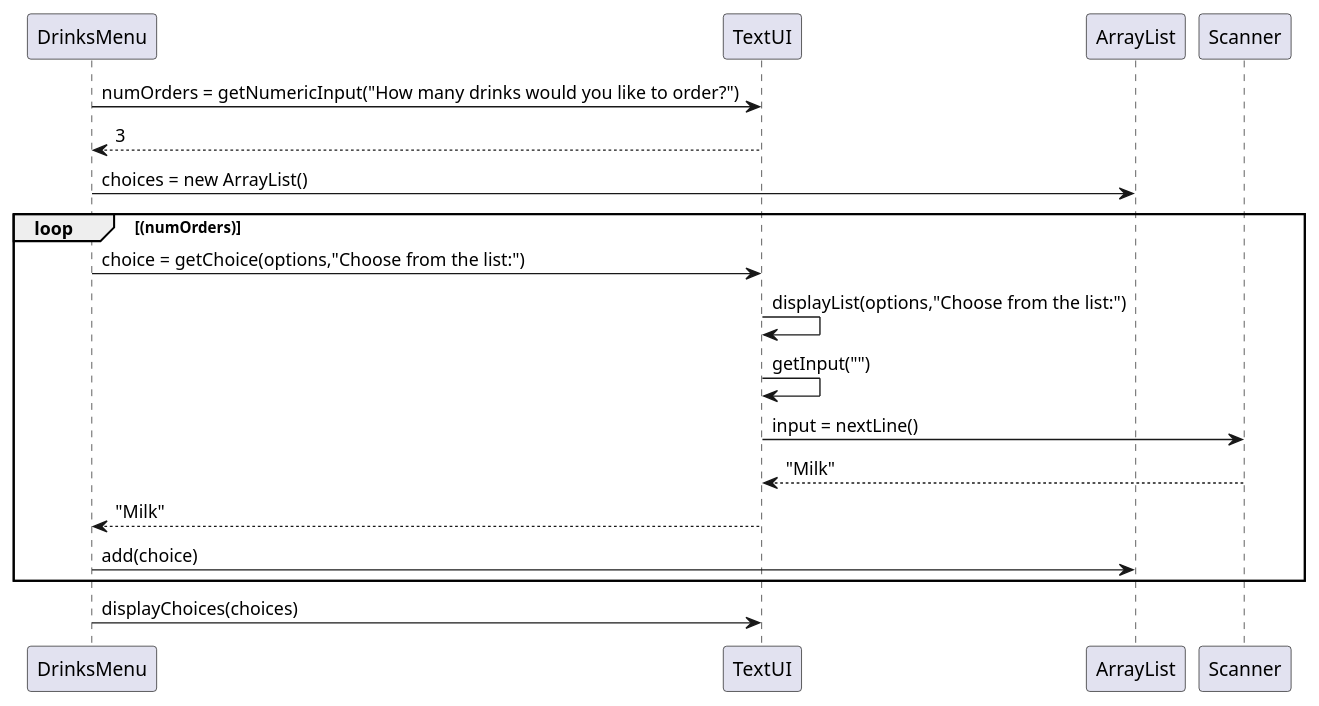
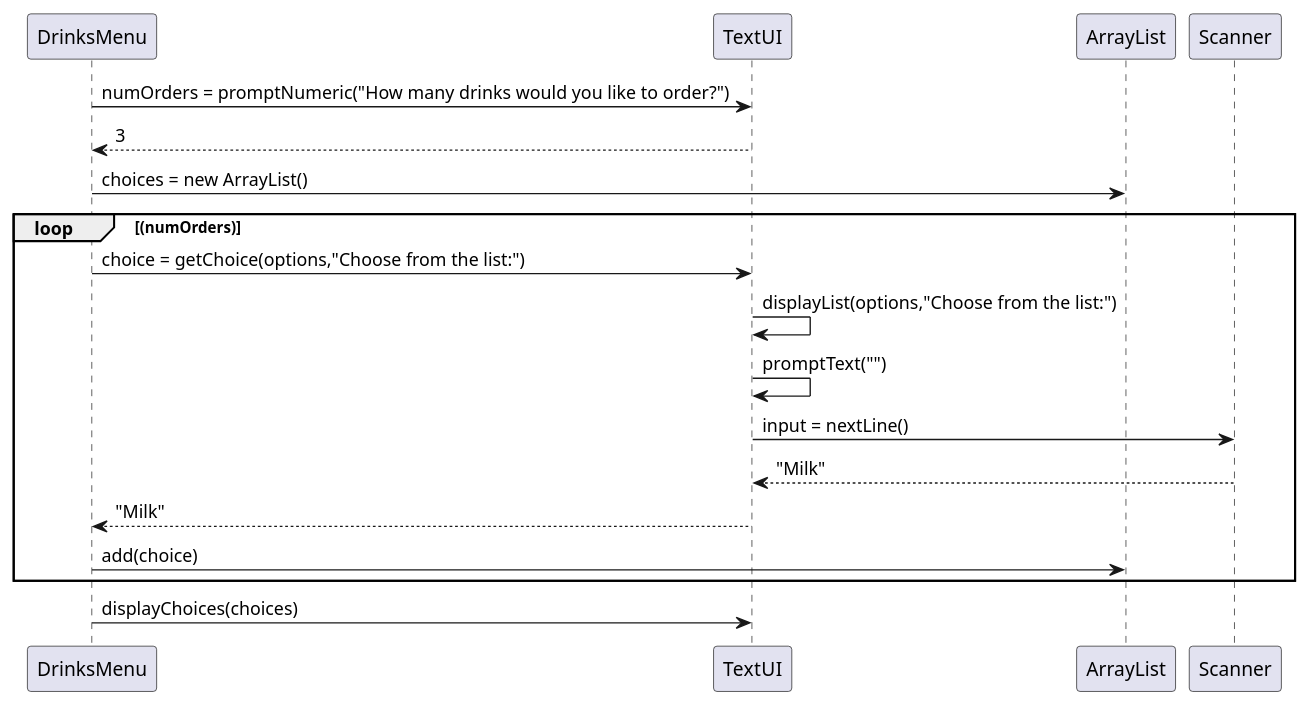
One commit to Eligoon/DrinksMenu changed the diagram in doc/WriteOrder.puml. Above: the diagram before and after it, drawn with PlantUML.

```diff
--- a/doc/WriteOrder.puml
+++ b/doc/WriteOrder.puml
@@ -1,23 +1,23 @@
 @startuml
 'https://plantuml.com/sequence-diagram
 
-DrinksMenu -> TextUI: numOrders = getNumericInput("How many drinks would you like to order?")
+DrinksMenu -> TextUI: numOrders = promptNumeric("How many drinks would you like to order?")
 TextUI --> DrinksMenu: 3
 
 'Create a list for the user's choices (could have been a String array with 3 indexes)
 DrinksMenu -> ArrayList:choices = new ArrayList()
 
 loop (numOrders)
 DrinksMenu -> TextUI: choice = getChoice(options,"Choose from the list:")
 TextUI -> TextUI: displayList(options,"Choose from the list:")
-TextUI -> TextUI: getInput("")
+TextUI -> TextUI: promptText("")
 TextUI -> Scanner: input = nextLine()
 Scanner --> TextUI: "Milk"
 TextUI --> DrinksMenu: "Milk"
 'DrinksMenu giver choices til ArrayList som skriver "Milk" på plads 0
 DrinksMenu -> ArrayList: add(choice)
 end
 
 DrinksMenu -> TextUI: displayChoices(choices)
 
 @enduml
```
